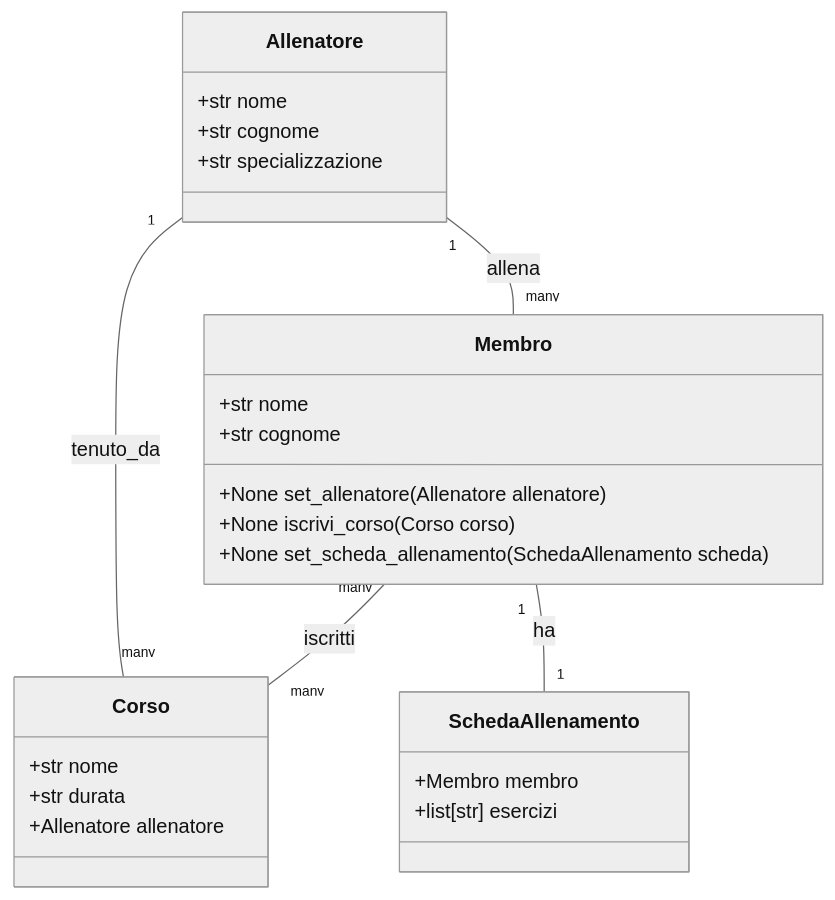
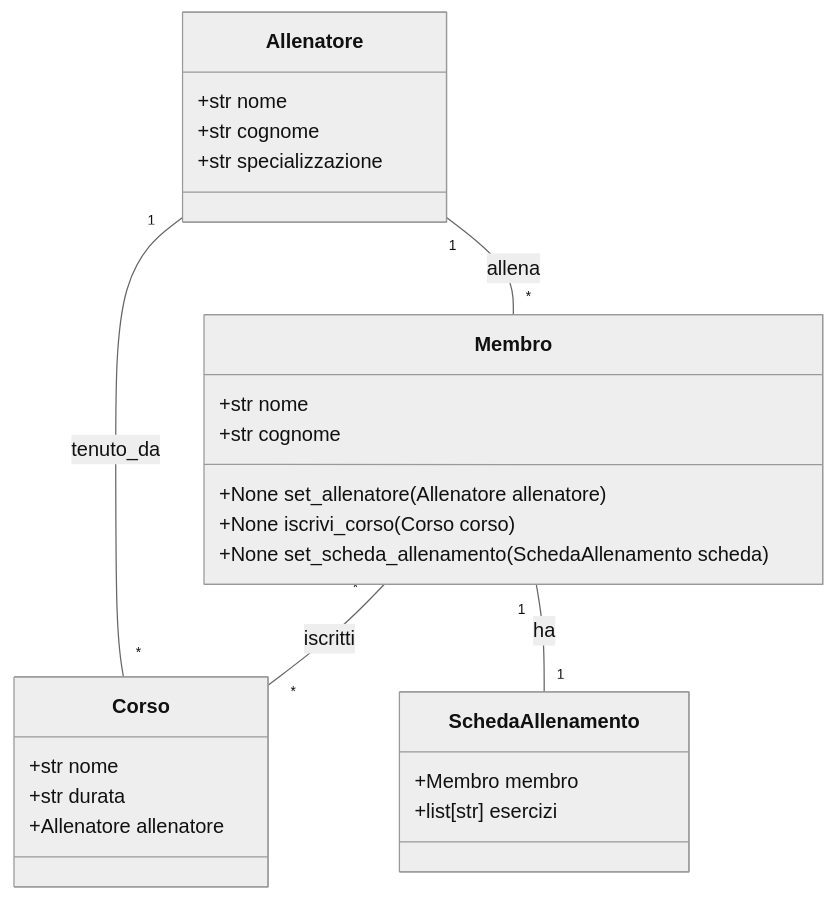
Before and after one commit to angelogalantiscuola/2425_4M: the diagram in src/e18.md, drawn with Mermaid (neutral theme). The commit also changed 3 other files, not shown here.

Commit message:
Refactor user and photo classes for improved structure and functionality; update UML diagrams and .gitignore

````diff
--- a/src/e18.md
+++ b/src/e18.md
@@ -1,32 +1,32 @@
 ```mermaid
 classDiagram
     class Allenatore {
         +str nome
         +str cognome
         +str specializzazione
     }
 
     class Membro {
         +str nome
         +str cognome
         +None set_allenatore(Allenatore allenatore)
         +None iscrivi_corso(Corso corso)
         +None set_scheda_allenamento(SchedaAllenamento scheda)
     }
 
     class Corso {
         +str nome
         +str durata
         +Allenatore allenatore
     }
 
     class SchedaAllenamento {
         +Membro membro
         +list[str] esercizi
     }
 
-    Allenatore "1" -- "many" Membro : allena
-    Membro "many" -- "many" Corso : iscritti
-    Corso "many" -- "1" Allenatore : tenuto_da
+    Allenatore "1" -- "*" Membro : allena
+    Membro "*" -- "*" Corso : iscritti
+    Corso "*" -- "1" Allenatore : tenuto_da
     Membro "1" -- "1" SchedaAllenamento : ha
 ```
````
